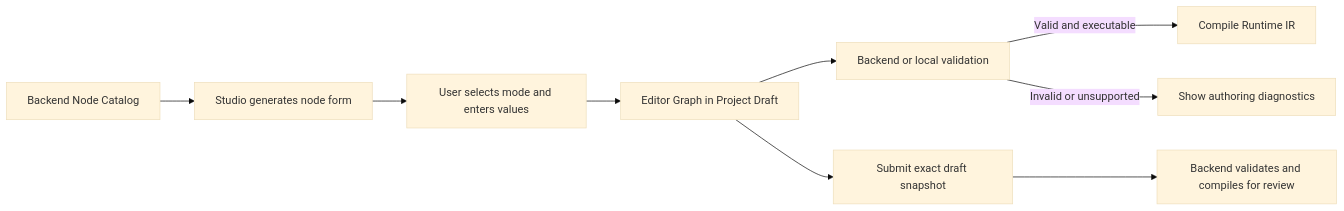
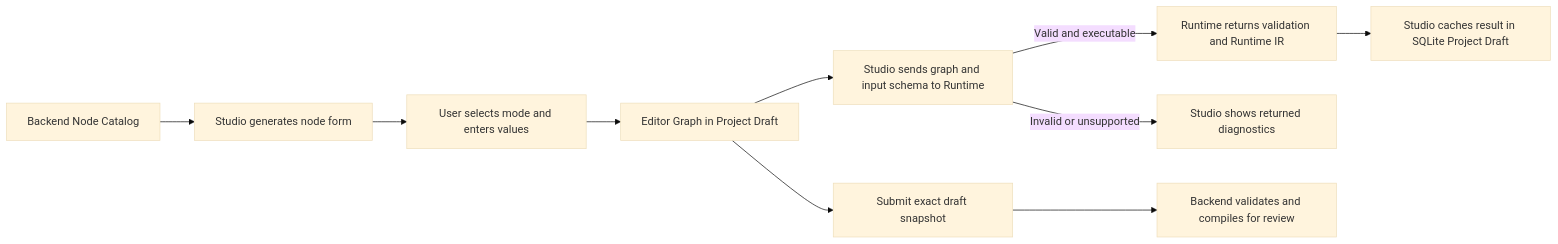
Before and after one commit to A2MaTex/a2matex-docs: the diagram in components/a2matex-studio-v2/node_definition_to_project_draft_guide.md, drawn with Mermaid (base theme). The commit also changed other lines of this file and 12 other files, not shown here.

Commit message:
update studio and runtime responsibility for compiling editor graph to runtime ir

````diff
--- a/components/a2matex-studio-v2/node_definition_to_project_draft_guide.md
+++ b/components/a2matex-studio-v2/node_definition_to_project_draft_guide.md
@@ -11,11 +11,12 @@
 ```mermaid
 flowchart LR
     C[Backend Node Catalog] --> F[Studio generates node form]
     F --> U[User selects mode and enters values]
     U --> D[Editor Graph in Project Draft]
-    D --> V[Backend or local validation]
-    V -->|Valid and executable| R[Compile Runtime IR]
-    V -->|Invalid or unsupported| E[Show authoring diagnostics]
+    D --> V[Studio sends graph and input schema to Runtime]
+    V -->|Valid and executable| R[Runtime returns validation and Runtime IR]
+    V -->|Invalid or unsupported| E[Studio shows returned diagnostics]
+    R --> L[Studio caches result in SQLite Project Draft]
     D --> S[Submit exact draft snapshot]
     S --> B[Backend validates and compiles for review]
 ```
````
